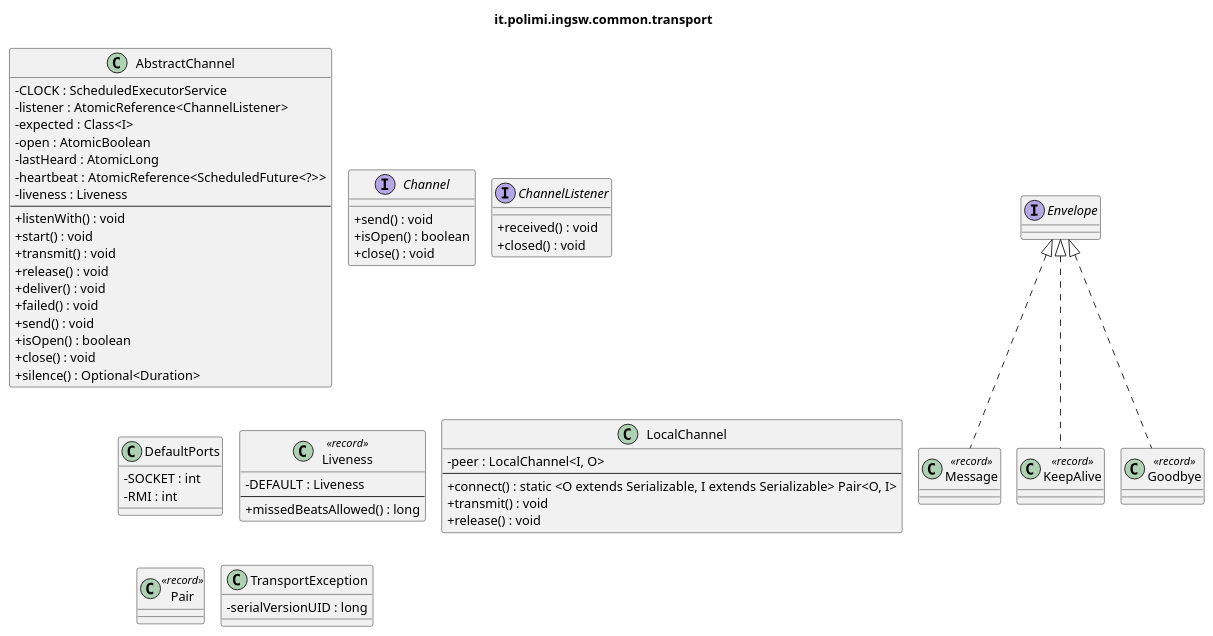
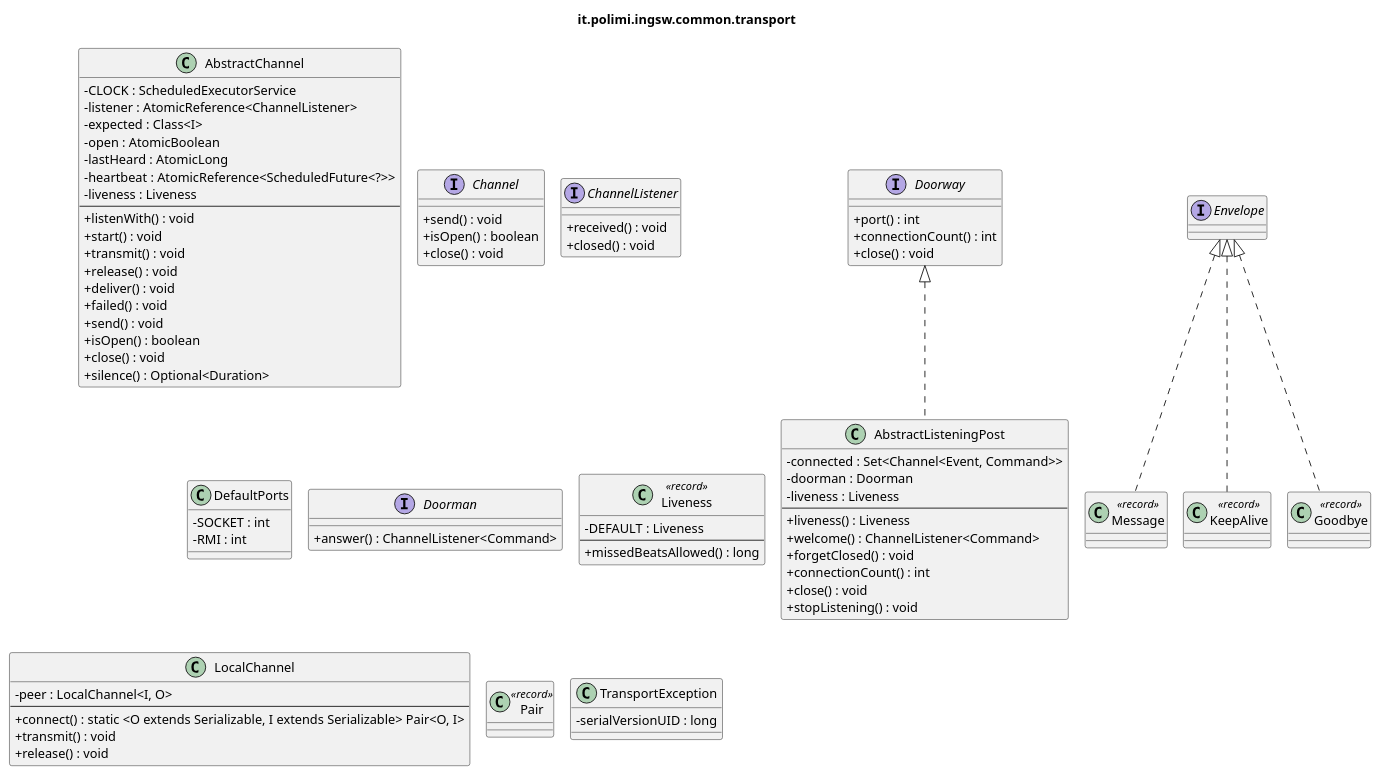
The diagram in docs/uml/detailed/common-transport.puml (samuelesegrini/ing-sw-2025-segrini-terribile-varricchio-zanca), drawn with PlantUML before and after one commit. The commit also changed 13 other files, not shown here.

```diff
--- a/docs/uml/detailed/common-transport.puml
+++ b/docs/uml/detailed/common-transport.puml
@@ -1,70 +1,91 @@
 @startuml it_polimi_ingsw_common_transport
 ' Generated by tools/uml/generate-detailed.py. Do not edit by hand.
 !pragma layout smetana
 skinparam shadowing false
 skinparam classAttributeIconSize 0
 title it.polimi.ingsw.common.transport
 
 class AbstractChannel {
   -CLOCK : ScheduledExecutorService
   -listener : AtomicReference<ChannelListener<I>>
   -expected : Class<I>
   -open : AtomicBoolean
   -lastHeard : AtomicLong
   -heartbeat : AtomicReference<ScheduledFuture<?>>
   -liveness : Liveness
   --
   +listenWith() : void
   +start() : void
   +transmit() : void
   +release() : void
   +deliver() : void
   +failed() : void
   +send() : void
   +isOpen() : boolean
   +close() : void
   +silence() : Optional<Duration>
 }
+class AbstractListeningPost {
+  -connected : Set<Channel<Event, Command>>
+  -doorman : Doorman
+  -liveness : Liveness
+  --
+  +liveness() : Liveness
+  +welcome() : ChannelListener<Command>
+  +forgetClosed() : void
+  +connectionCount() : int
+  +close() : void
+  +stopListening() : void
+}
 interface Channel {
   +send() : void
   +isOpen() : boolean
   +close() : void
 }
 interface ChannelListener {
   +received() : void
   +closed() : void
 }
 class DefaultPorts {
   -SOCKET : int
   -RMI : int
+}
+interface Doorman {
+  +answer() : ChannelListener<Command>
+}
+interface Doorway {
+  +port() : int
+  +connectionCount() : int
+  +close() : void
 }
 interface Envelope {
 }
 class Message <<record>> {
 }
 class KeepAlive <<record>> {
 }
 class Goodbye <<record>> {
 }
 class Liveness <<record>> {
   -DEFAULT : Liveness
   --
   +missedBeatsAllowed() : long
 }
 class LocalChannel {
   -peer : LocalChannel<I, O>
   --
   +connect() : static <O extends Serializable, I extends Serializable> Pair<O, I>
   +transmit() : void
   +release() : void
 }
 class Pair <<record>> {
 }
 class TransportException {
   -serialVersionUID : long
 }
 
+Doorway <|.. AbstractListeningPost
 Envelope <|.. Message
 Envelope <|.. KeepAlive
 Envelope <|.. Goodbye
 @enduml
```
